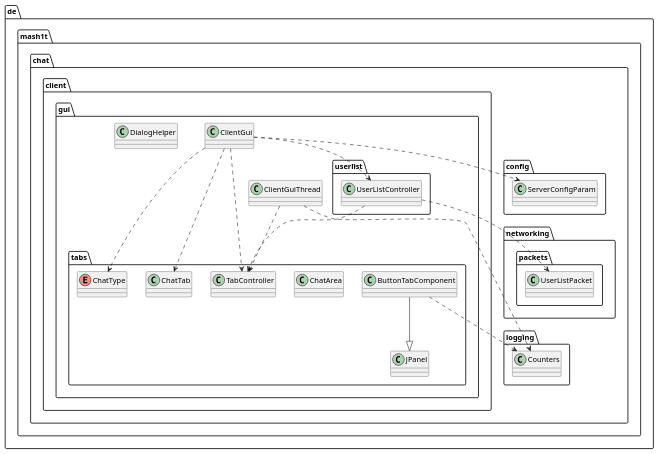
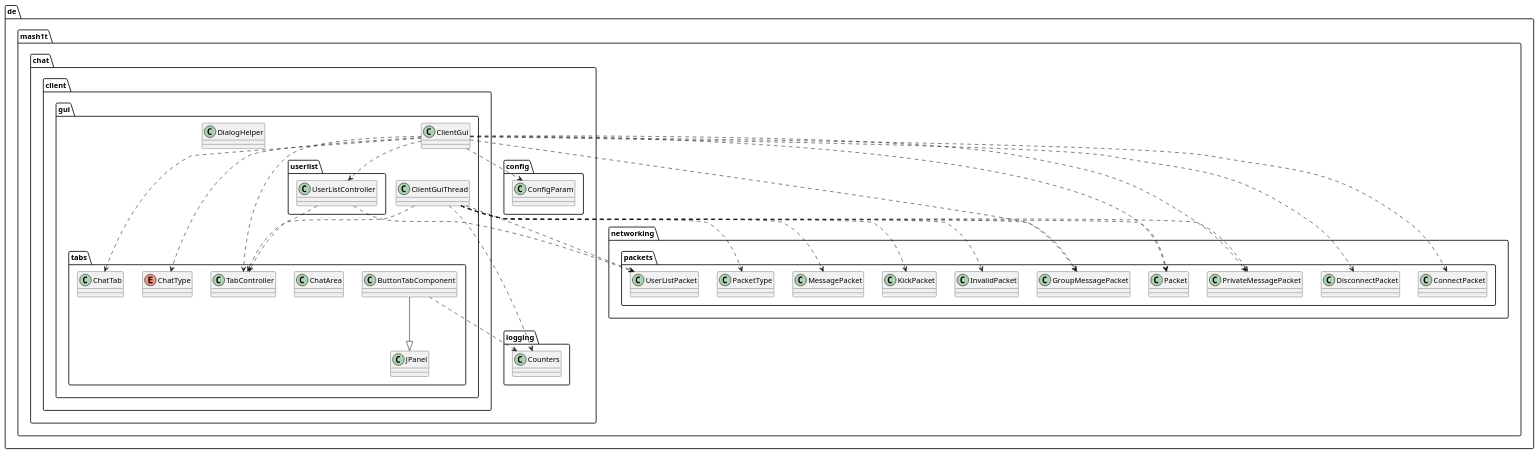
One commit to MaSHOLution/tcpchat changed the diagram in Diagrams/UML/Class Diagrams/client/client.puml. Above: the diagram before and after it, drawn with PlantUML. The commit also changed 218 other files, not shown here.

Commit message:
[TASK] Updated javadoc and uml-diagrams

```diff
--- a/Diagrams/UML/Class Diagrams/client/client.puml
+++ b/Diagrams/UML/Class Diagrams/client/client.puml
@@ -1,26 +1,48 @@
 @startuml
 class de.mash1t.chat.client.gui.ClientGui
 class de.mash1t.chat.client.gui.ClientGuiThread
 class de.mash1t.chat.client.gui.DialogHelper
 class de.mash1t.chat.client.gui.tabs.ButtonTabComponent
 class de.mash1t.chat.client.gui.tabs.ChatArea
 class de.mash1t.chat.client.gui.tabs.ChatTab
 class de.mash1t.chat.client.gui.tabs.JPanel
 class de.mash1t.chat.client.gui.tabs.TabController
 class de.mash1t.chat.client.gui.userlist.UserListController
-class de.mash1t.chat.config.ServerConfigParam
+class de.mash1t.chat.config.ConfigParam
 class de.mash1t.chat.logging.Counters
-class de.mash1t.chat.networking.packets.UserListPacket
+class de.mash1t.networking.packets.ConnectPacket
+class de.mash1t.networking.packets.DisconnectPacket
+class de.mash1t.networking.packets.GroupMessagePacket
+class de.mash1t.networking.packets.InvalidPacket
+class de.mash1t.networking.packets.KickPacket
+class de.mash1t.networking.packets.MessagePacket
+class de.mash1t.networking.packets.Packet
+class de.mash1t.networking.packets.PacketType
+class de.mash1t.networking.packets.PrivateMessagePacket
+class de.mash1t.networking.packets.UserListPacket
 enum de.mash1t.chat.client.gui.tabs.ChatType
 de.mash1t.chat.client.gui.ClientGui ..> de.mash1t.chat.client.gui.tabs.ChatTab
 de.mash1t.chat.client.gui.ClientGui ..> de.mash1t.chat.client.gui.tabs.TabController
 de.mash1t.chat.client.gui.ClientGui ..> de.mash1t.chat.client.gui.userlist.UserListController
-de.mash1t.chat.client.gui.ClientGui ..> de.mash1t.chat.config.ServerConfigParam
+de.mash1t.chat.client.gui.ClientGui ..> de.mash1t.chat.config.ConfigParam
+de.mash1t.chat.client.gui.ClientGui ..> de.mash1t.networking.packets.ConnectPacket
+de.mash1t.chat.client.gui.ClientGui ..> de.mash1t.networking.packets.DisconnectPacket
+de.mash1t.chat.client.gui.ClientGui ..> de.mash1t.networking.packets.GroupMessagePacket
+de.mash1t.chat.client.gui.ClientGui ..> de.mash1t.networking.packets.Packet
+de.mash1t.chat.client.gui.ClientGui ..> de.mash1t.networking.packets.PrivateMessagePacket
 de.mash1t.chat.client.gui.ClientGui ..> de.mash1t.chat.client.gui.tabs.ChatType
 de.mash1t.chat.client.gui.ClientGuiThread ..> de.mash1t.chat.client.gui.tabs.TabController
 de.mash1t.chat.client.gui.ClientGuiThread ..> de.mash1t.chat.logging.Counters
+de.mash1t.chat.client.gui.ClientGuiThread ..> de.mash1t.networking.packets.GroupMessagePacket
+de.mash1t.chat.client.gui.ClientGuiThread ..> de.mash1t.networking.packets.InvalidPacket
+de.mash1t.chat.client.gui.ClientGuiThread ..> de.mash1t.networking.packets.KickPacket
+de.mash1t.chat.client.gui.ClientGuiThread ..> de.mash1t.networking.packets.MessagePacket
+de.mash1t.chat.client.gui.ClientGuiThread ..> de.mash1t.networking.packets.Packet
+de.mash1t.chat.client.gui.ClientGuiThread ..> de.mash1t.networking.packets.PacketType
+de.mash1t.chat.client.gui.ClientGuiThread ..> de.mash1t.networking.packets.PrivateMessagePacket
+de.mash1t.chat.client.gui.ClientGuiThread ..> de.mash1t.networking.packets.UserListPacket
 de.mash1t.chat.client.gui.tabs.ButtonTabComponent --|> de.mash1t.chat.client.gui.tabs.JPanel
 de.mash1t.chat.client.gui.tabs.ButtonTabComponent ..> de.mash1t.chat.logging.Counters
 de.mash1t.chat.client.gui.userlist.UserListController ..> de.mash1t.chat.client.gui.tabs.TabController
-de.mash1t.chat.client.gui.userlist.UserListController ..> de.mash1t.chat.networking.packets.UserListPacket
+de.mash1t.chat.client.gui.userlist.UserListController ..> de.mash1t.networking.packets.UserListPacket
 @enduml
```
